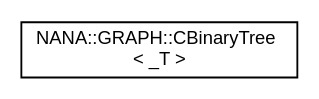
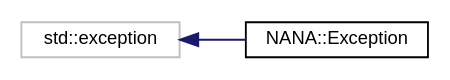
The diagram in docs/inherit_graph_7.dot (YuruTu/NANA), drawn with Graphviz before and after one commit. The commit also changed 111 other files, not shown here.

```diff
--- a/docs/inherit_graph_7.dot
+++ b/docs/inherit_graph_7.dot
@@ -1,8 +1,10 @@
 digraph "类继承关系图"
 {
  // LATEX_PDF_SIZE
   edge [fontname="Helvetica",fontsize="10",labelfontname="Helvetica",labelfontsize="10"];
   node [fontname="Helvetica",fontsize="10",shape=record];
   rankdir="LR";
-  Node0 [label="NANA::GRAPH::CBinaryTree\l\< _T \>",height=0.2,width=0.4,color="black", fillcolor="white", style="filled",URL="$class_n_a_n_a_1_1_g_r_a_p_h_1_1_c_binary_tree.html",tooltip=" "];
+  Node8 [label="std::exception",height=0.2,width=0.4,color="grey75", fillcolor="white", style="filled",tooltip=" "];
+  Node8 -> Node0 [dir="back",color="midnightblue",fontsize="10",style="solid",fontname="Helvetica"];
+  Node0 [label="NANA::Exception",height=0.2,width=0.4,color="black", fillcolor="white", style="filled",URL="$class_n_a_n_a_1_1_exception.html",tooltip="用于异常抛出"];
 }
```
